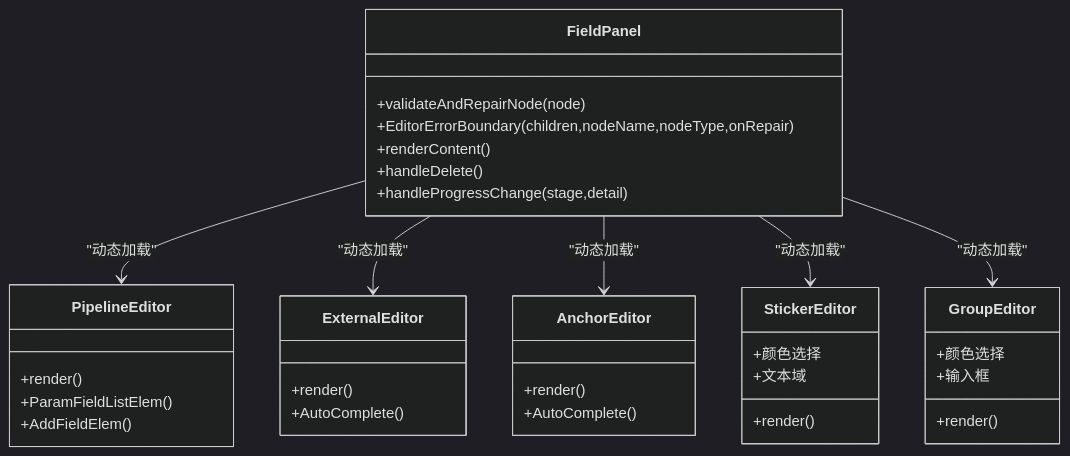
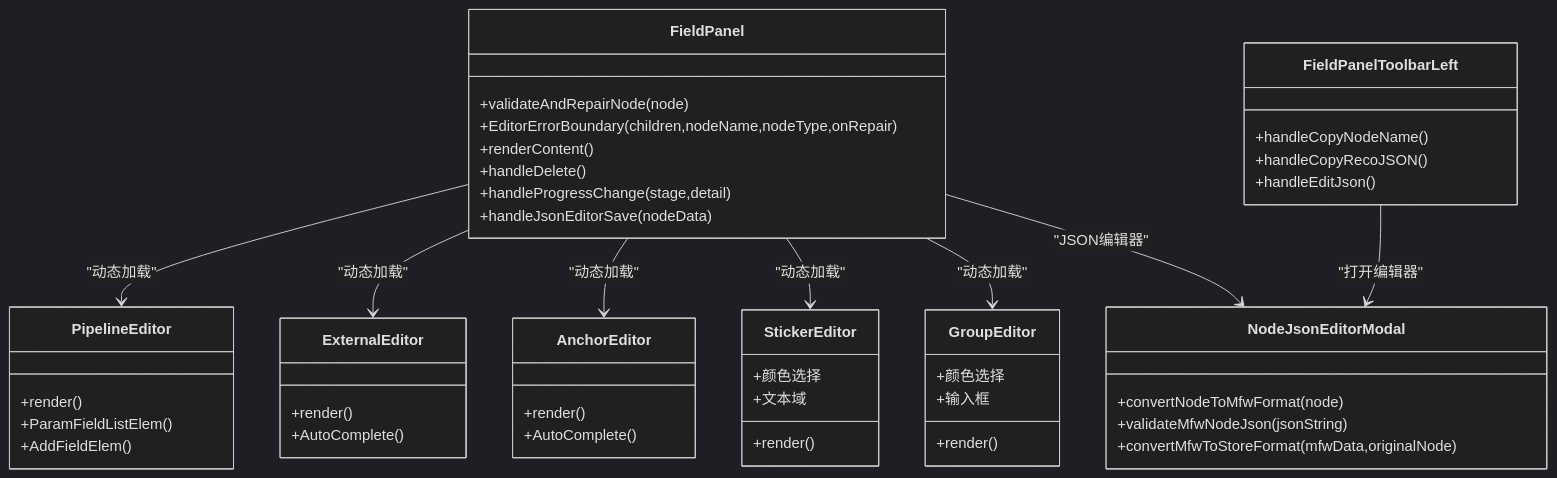
The sixth of 8 diagrams in .qoder/repowiki/zh/content/用户界面/面板系统/字段面板.md (kqcoxn/MaaPipelineEditor), drawn with Mermaid (dark theme) before and after one commit. The commit also changed other lines of this file and 16 other files, not shown here.

````diff
--- a/.qoder/repowiki/zh/content/用户界面/面板系统/字段面板.md
+++ b/.qoder/repowiki/zh/content/用户界面/面板系统/字段面板.md
@@ -185,38 +274,51 @@
 ```mermaid
 classDiagram
 class FieldPanel {
 +validateAndRepairNode(node)
 +EditorErrorBoundary(children,nodeName,nodeType,onRepair)
 +renderContent()
 +handleDelete()
 +handleProgressChange(stage,detail)
++handleJsonEditorSave(nodeData)
+}
+class FieldPanelToolbarLeft {
++handleCopyNodeName()
++handleCopyRecoJSON()
++handleEditJson()
+}
+class NodeJsonEditorModal {
++convertNodeToMfwFormat(node)
++validateMfwNodeJson(jsonString)
++convertMfwToStoreFormat(mfwData,originalNode)
 }
 class PipelineEditor {
 +render()
 +ParamFieldListElem()
 +AddFieldElem()
 }
 class ExternalEditor {
 +render()
 +AutoComplete()
 }
 class AnchorEditor {
 +render()
 +AutoComplete()
 }
 class StickerEditor {
 +render()
 +颜色选择
 +文本域
 }
 class GroupEditor {
 +render()
 +颜色选择
 +输入框
 }
 FieldPanel --> PipelineEditor : "动态加载"
 FieldPanel --> ExternalEditor : "动态加载"
 FieldPanel --> AnchorEditor : "动态加载"
 FieldPanel --> StickerEditor : "动态加载"
 FieldPanel --> GroupEditor : "动态加载"
+FieldPanel --> NodeJsonEditorModal : "JSON编辑器"
+FieldPanelToolbarLeft --> NodeJsonEditorModal : "打开编辑器"
 ```
````
